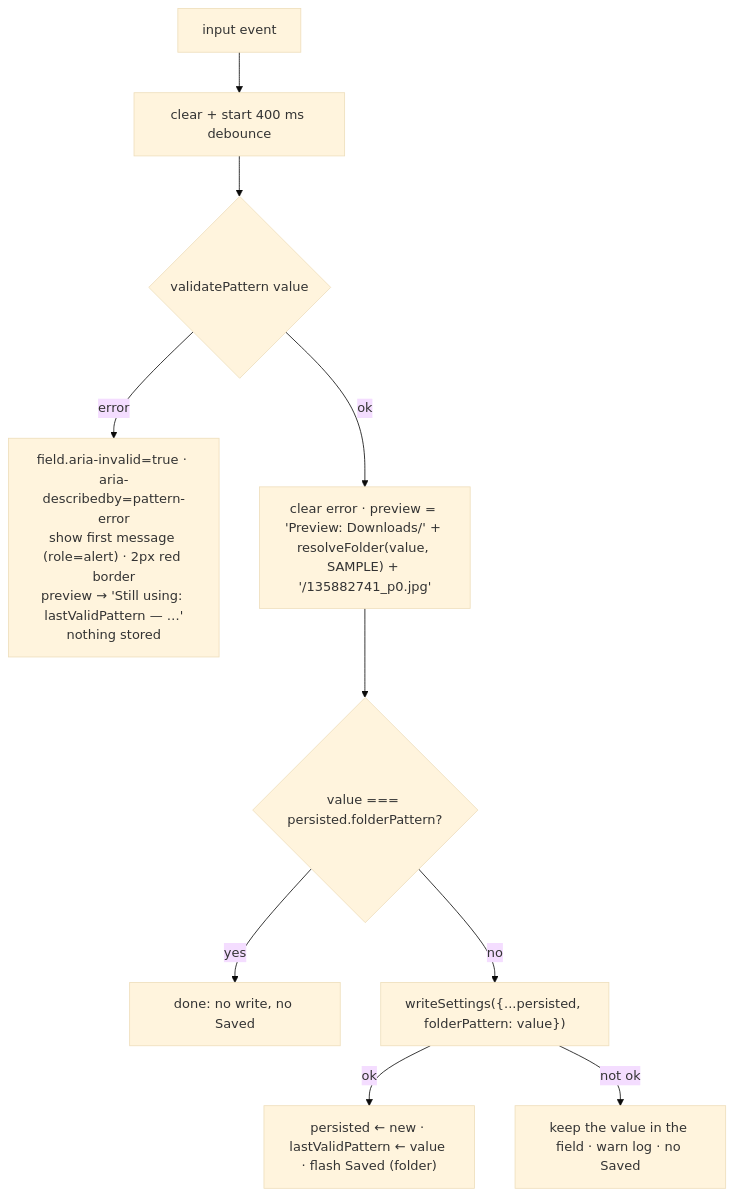
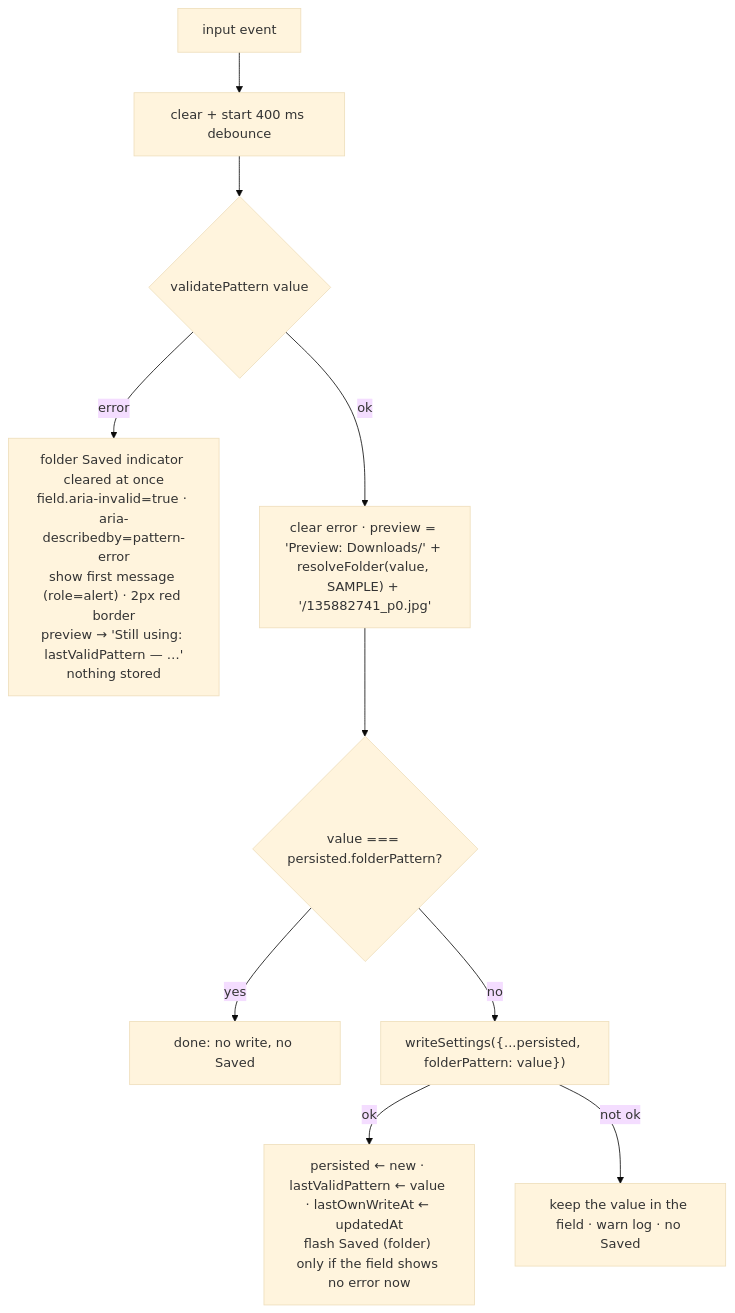
One commit to kyoicn/pixivhelper changed the second of 3 diagrams in docs/design/design-options-page.md. Above: the diagram before and after it, drawn with Mermaid (base theme). The commit also changed other lines of this file and 10 other files, not shown here.

````diff
--- a/docs/design/design-options-page.md
+++ b/docs/design/design-options-page.md
@@ -130,12 +131,12 @@
 ```mermaid
 flowchart TD
   I[input event] --> T[clear + start 400 ms debounce]
   T --> V{validatePattern value}
-  V -- error --> E["field.aria-invalid=true · aria-describedby=pattern-error<br/>show first message (role=alert) · 2px red border<br/>preview → 'Still using: lastValidPattern — …'<br/>nothing stored"]
+  V -- error --> E["folder Saved indicator cleared at once<br/>field.aria-invalid=true · aria-describedby=pattern-error<br/>show first message (role=alert) · 2px red border<br/>preview → 'Still using: lastValidPattern — …'<br/>nothing stored"]
   V -- ok --> P["clear error · preview = 'Preview: Downloads/' + resolveFolder(value, SAMPLE) + '/135882741_p0.jpg'"]
   P --> C{value === persisted.folderPattern?}
   C -- yes --> X["done: no write, no Saved"]
   C -- no --> W["writeSettings({...persisted, folderPattern: value})"]
-  W -- ok --> S["persisted ← new · lastValidPattern ← value · flash Saved (folder)"]
+  W -- ok --> S["persisted ← new · lastValidPattern ← value · lastOwnWriteAt ← updatedAt<br/>flash Saved (folder) only if the field shows no error now"]
   W -- not ok --> N["keep the value in the field · warn log · no Saved"]
 ```
````
